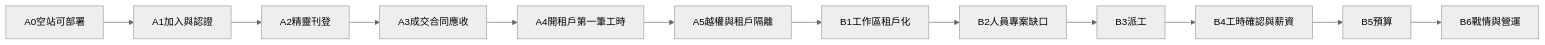
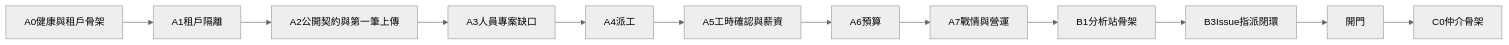
The second of 2 diagrams in docs/product/execution-plan.md (sjvann/AI_Project_Console), drawn with Mermaid (neutral theme) before and after one commit. The commit also changed other lines of this file and 28 other files, not shown here.

````diff
--- a/docs/product/execution-plan.md
+++ b/docs/product/execution-plan.md
@@ -159,14 +132,14 @@
 ```mermaid
 flowchart LR
-  A0[A0空站可部署] --> A1[A1加入與認證]
-  A1 --> A2[A2精靈刊登]
-  A2 --> A3[A3成交合同應收]
-  A3 --> A4[A4開租戶第一筆工時]
-A4 --> A5[A5越權與租戶隔離]
-  A5 --> B1[B1工作區租戶化]
-  B1 --> B2[B2人員專案缺口]
-  B2 --> B3[B3派工]
-  B3 --> B4[B4工時確認與薪資]
-  B4 --> B5[B5預算]
-  B5 --> B6[B6戰情與營運]
+  A0[A0健康與租戶骨架] --> A1[A1租戶隔離]
+  A1 --> A2[A2公開契約與第一筆上傳]
+  A2 --> A3[A3人員專案缺口]
+  A3 --> A4[A4派工]
+  A4 --> A5[A5工時確認與薪資]
+  A5 --> A6[A6預算]
+  A6 --> A7[A7戰情與營運]
+  A7 --> B1[B1分析站骨架]
+  B1 --> B3[B3Issue指派閉環]
+  B3 --> Gate[開門]
+  Gate --> C0[C0仲介骨架]
 ```
````
